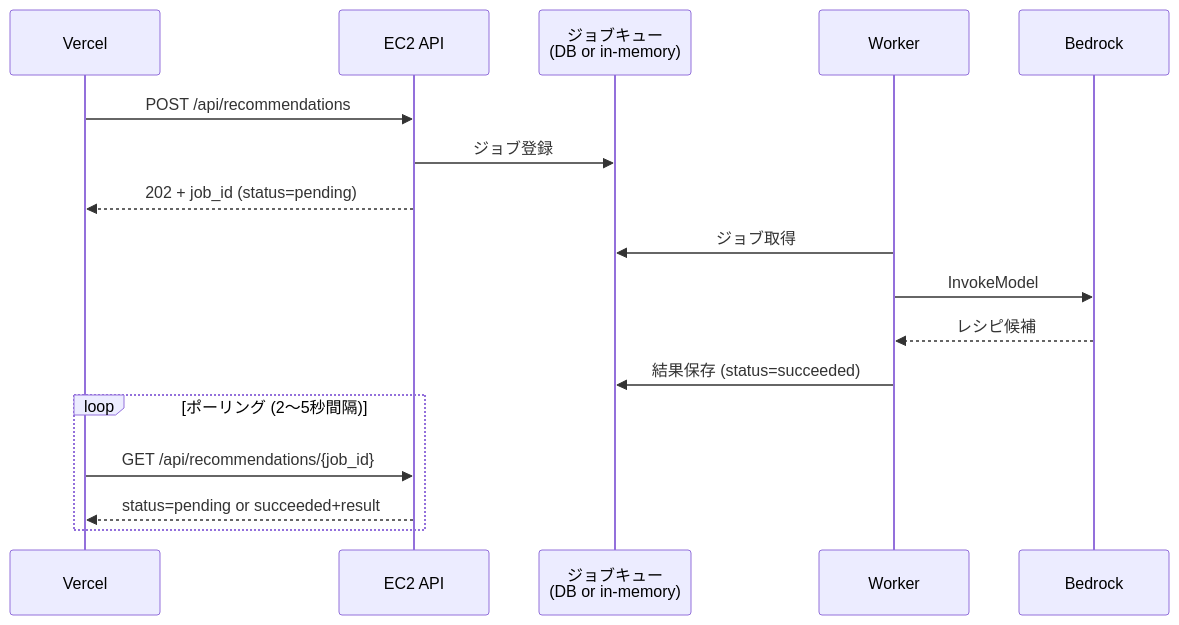
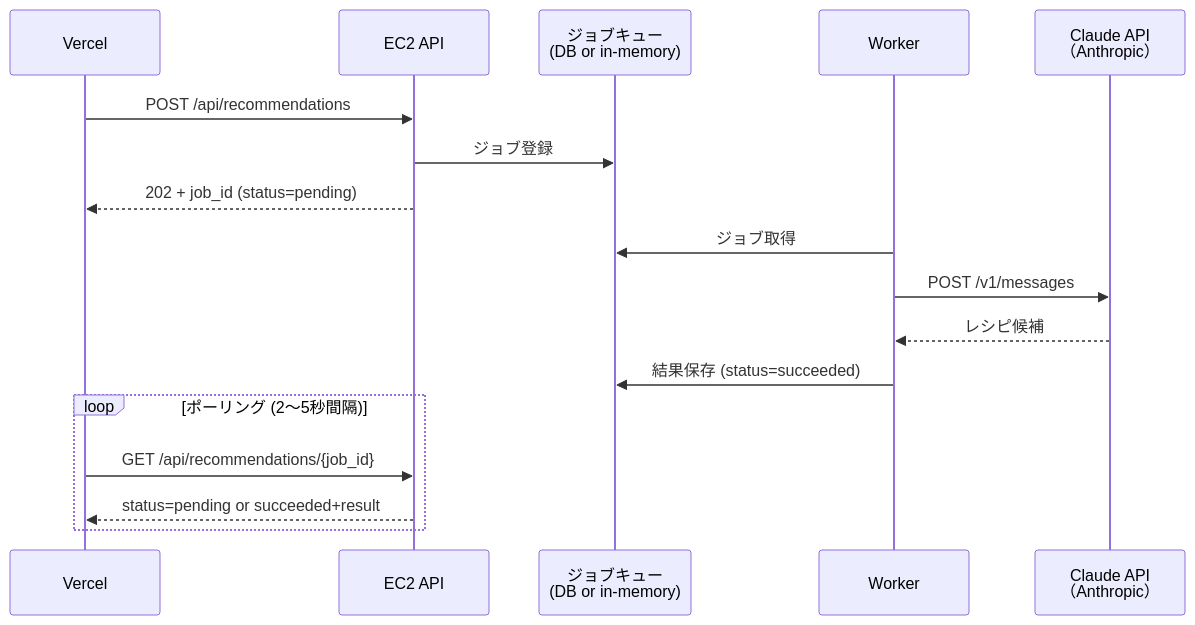
Before and after one commit to Takapon2512/recipe-rec: the diagram in docs/api.md, drawn with Mermaid. The commit also changed other lines of this file and 3 other files, not shown here.

````diff
--- a/docs/api.md
+++ b/docs/api.md
@@ -566,21 +566,21 @@
 ```mermaid
 sequenceDiagram
     participant FE as Vercel
     participant API as EC2 API
     participant Q as ジョブキュー<br/>(DB or in-memory)
     participant W as Worker
-    participant Bedrock
+    participant ClaudeAPI as Claude API<br/>（Anthropic）
 
     FE->>API: POST /api/recommendations
     API->>Q: ジョブ登録
     API-->>FE: 202 + job_id (status=pending)
     W->>Q: ジョブ取得
-    W->>Bedrock: InvokeModel
-    Bedrock-->>W: レシピ候補
+    W->>ClaudeAPI: POST /v1/messages
+    ClaudeAPI-->>W: レシピ候補
     W->>Q: 結果保存 (status=succeeded)
 
     loop ポーリング (2〜5秒間隔)
         FE->>API: GET /api/recommendations/{job_id}
         API-->>FE: status=pending or succeeded+result
     end
 ```
````
